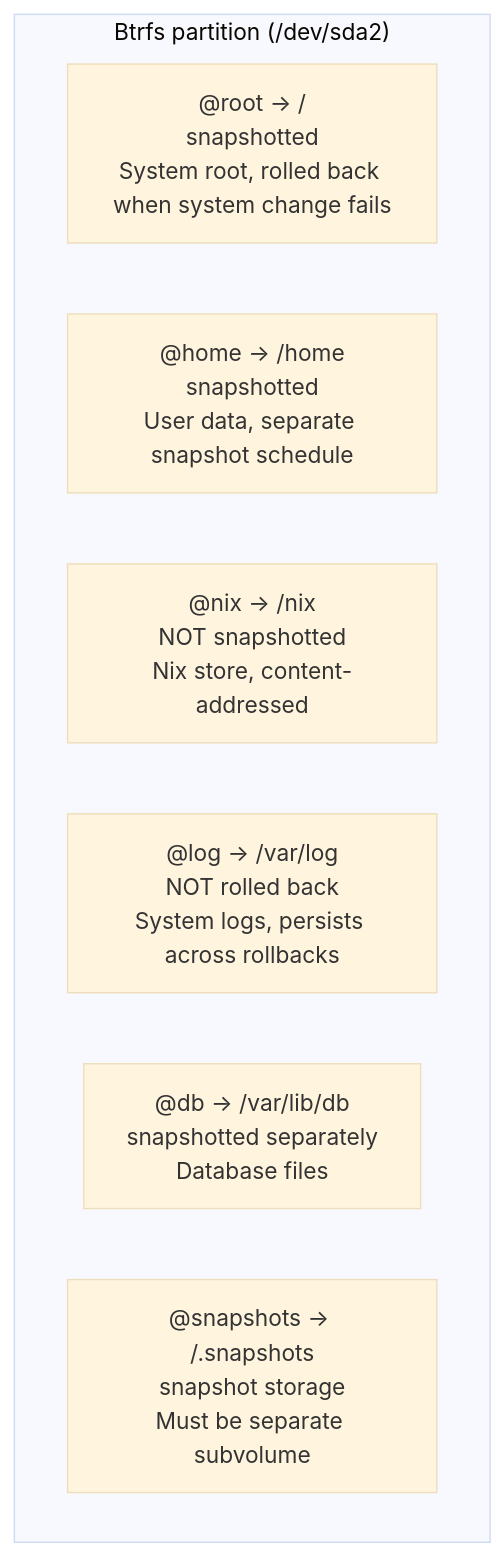
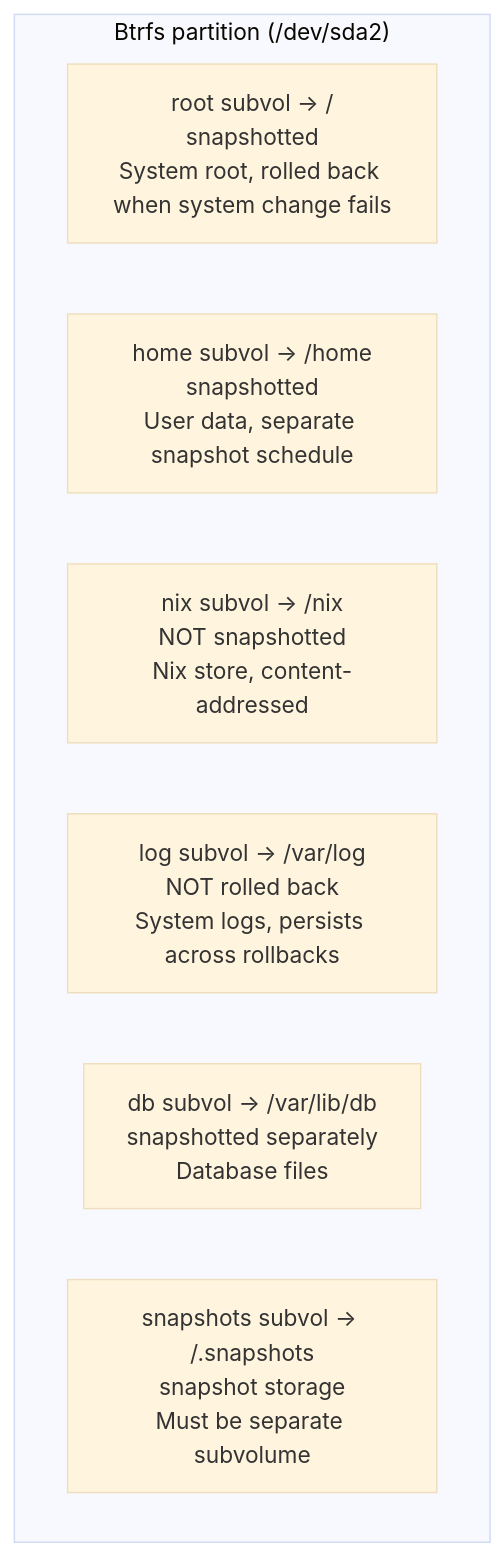
One commit to stars-labs/self-healing-nixos-infra changed the diagram in docs/02-btrfs-layout.md. Above: the diagram before and after it, drawn with Mermaid (base theme). The commit also changed 7 other files, not shown here.

First line of the commit message:
Fix Mermaid parse errors: remove @ symbols from diagram node labels

````diff
--- a/docs/02-btrfs-layout.md
+++ b/docs/02-btrfs-layout.md
@@ -27,11 +27,11 @@
 ```mermaid
 flowchart TB
     subgraph Btrfs["Btrfs partition (/dev/sda2)"]
-        A["@root -> /<br/>snapshotted<br/>System root, rolled back when system change fails"]
-        B["@home -> /home<br/>snapshotted<br/>User data, separate snapshot schedule"]
-        C["@nix -> /nix<br/>NOT snapshotted<br/>Nix store, content-addressed"]
-        D["@log -> /var/log<br/>NOT rolled back<br/>System logs, persists across rollbacks"]
-        E["@db -> /var/lib/db<br/>snapshotted separately<br/>Database files"]
-        F["@snapshots -> /.snapshots<br/>snapshot storage<br/>Must be separate subvolume"]
+        A["root subvol → /<br/>snapshotted<br/>System root, rolled back when system change fails"]
+        B["home subvol → /home<br/>snapshotted<br/>User data, separate snapshot schedule"]
+        C["nix subvol → /nix<br/>NOT snapshotted<br/>Nix store, content-addressed"]
+        D["log subvol → /var/log<br/>NOT rolled back<br/>System logs, persists across rollbacks"]
+        E["db subvol → /var/lib/db<br/>snapshotted separately<br/>Database files"]
+        F["snapshots subvol → /.snapshots<br/>snapshot storage<br/>Must be separate subvolume"]
     end
 ```
````
